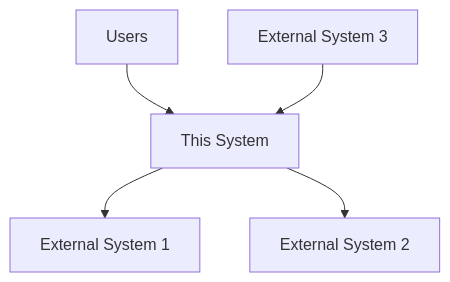
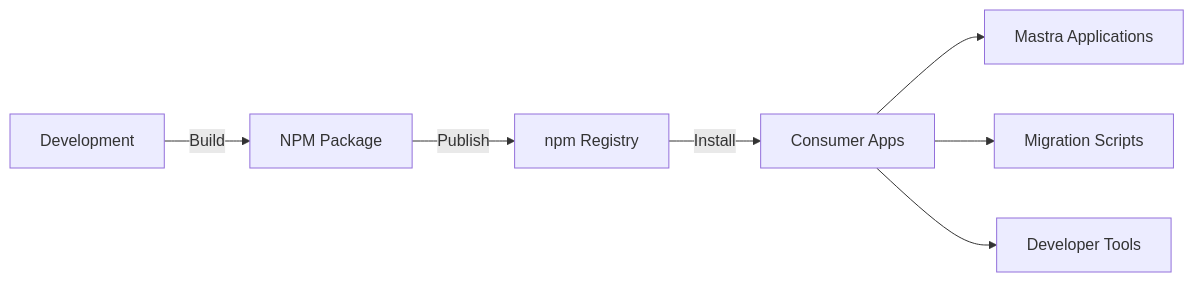
Before and after one commit to jwynia/af-for-mastra: the fifth of 5 diagrams in context-network/foundation/system_overview.md, drawn with Mermaid. The commit also changed other lines of this file and 24 other files, not shown here.

````diff
--- a/context-network/foundation/system_overview.md
+++ b/context-network/foundation/system_overview.md
@@ -22,7 +162,10 @@
 ```mermaid
-flowchart TD
-    User[Users] --> System[This System]
-    System --> ExternalSystem1[External System 1]
-    System --> ExternalSystem2[External System 2]
-    ExternalSystem3[External System 3] --> System
+flowchart LR
+    Dev[Development] -->|Build| Package[NPM Package]
+    Package -->|Publish| Registry[npm Registry]
+    Registry -->|Install| Consumer[Consumer Apps]
+    
+    Consumer --> MastraApp[Mastra Applications]
+    Consumer --> Migration[Migration Scripts]
+    Consumer --> Tools[Developer Tools]
 ```
````
